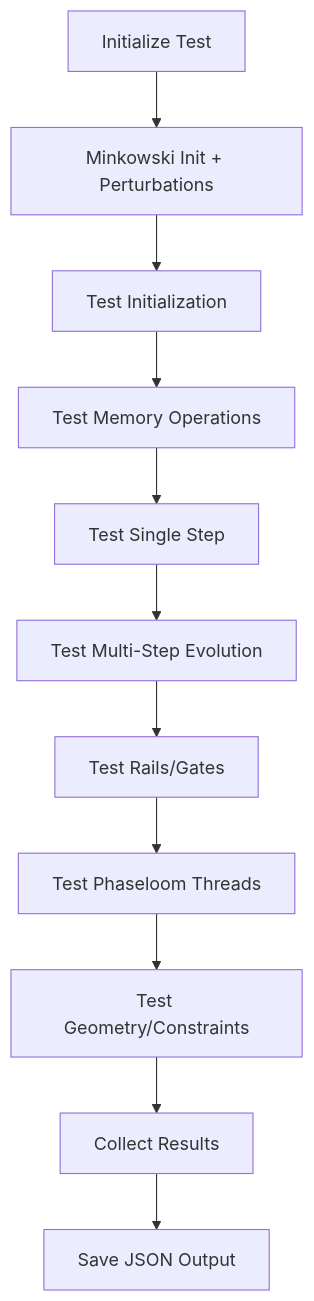
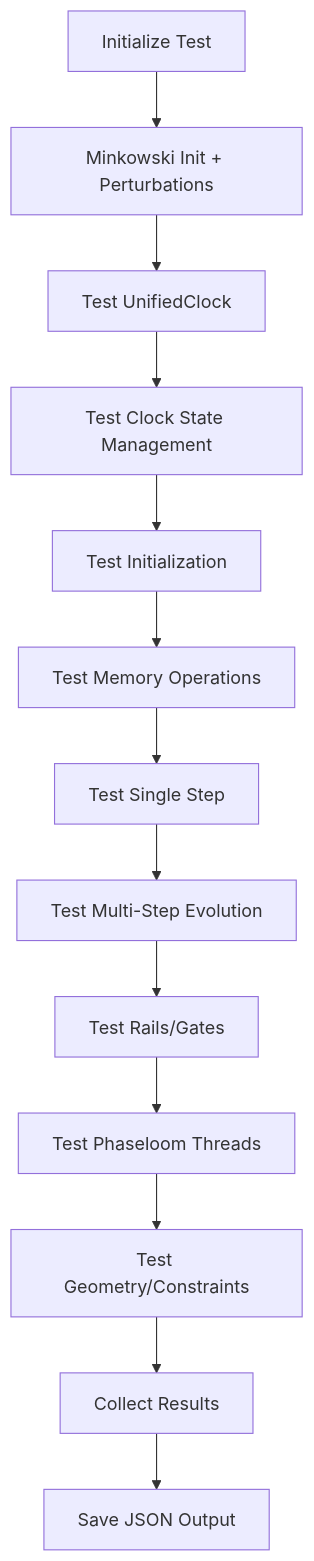
Before and after one commit to noeticanlabs/cbtsv1: the diagram in plans/comprehensive_gr_solver_system_test_plan.md, drawn with Mermaid. The commit also changed other lines of this file and 232 other files, not shown here.

````diff
--- a/plans/comprehensive_gr_solver_system_test_plan.md
+++ b/plans/comprehensive_gr_solver_system_test_plan.md
@@ -86,13 +101,15 @@
 ```mermaid
 graph TD
     A[Initialize Test] --> B[Minkowski Init + Perturbations]
-    B --> C[Test Initialization]
-    C --> D[Test Memory Operations]
-    D --> E[Test Single Step]
-    E --> F[Test Multi-Step Evolution]
-    F --> G[Test Rails/Gates]
-    G --> H[Test Phaseloom Threads]
-    H --> I[Test Geometry/Constraints]
-    I --> J[Collect Results]
-    J --> K[Save JSON Output]
+    B --> C[Test UnifiedClock]
+    C --> D[Test Clock State Management]
+    D --> E[Test Initialization]
+    E --> F[Test Memory Operations]
+    F --> G[Test Single Step]
+    G --> H[Test Multi-Step Evolution]
+    H --> I[Test Rails/Gates]
+    I --> J[Test Phaseloom Threads]
+    J --> K[Test Geometry/Constraints]
+    K --> L[Collect Results]
+    L --> M[Save JSON Output]
 ```
````
